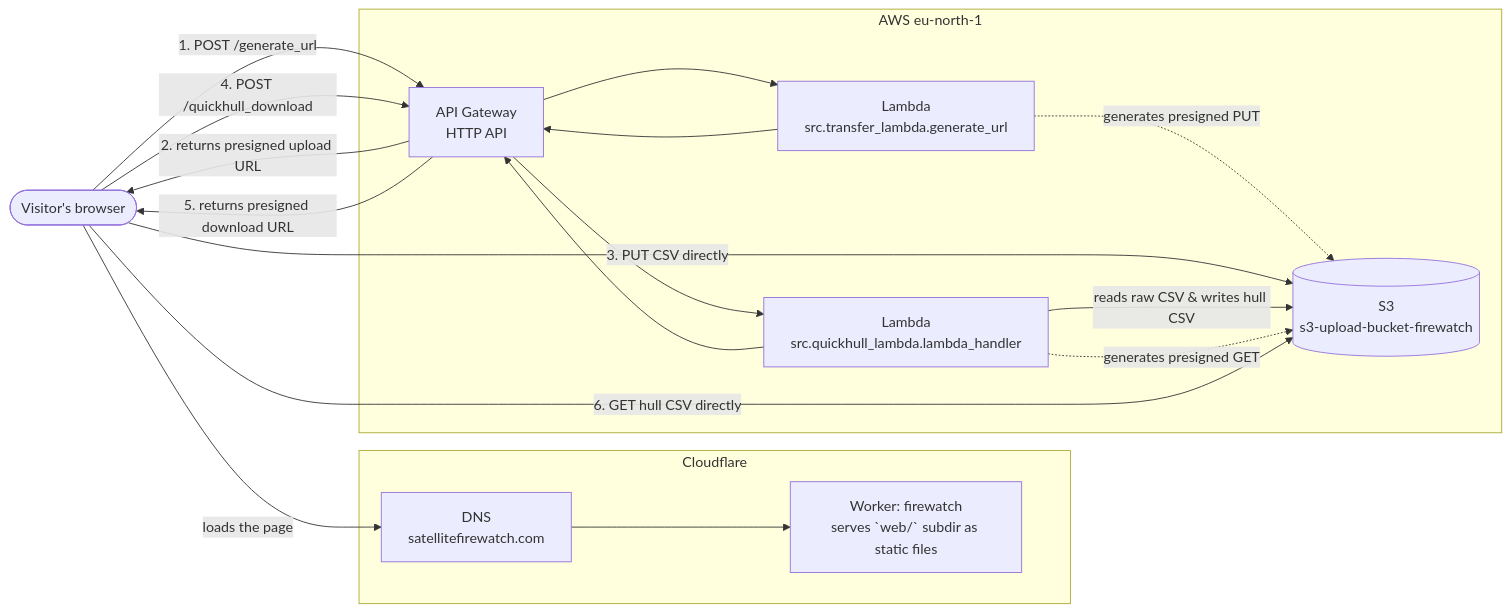
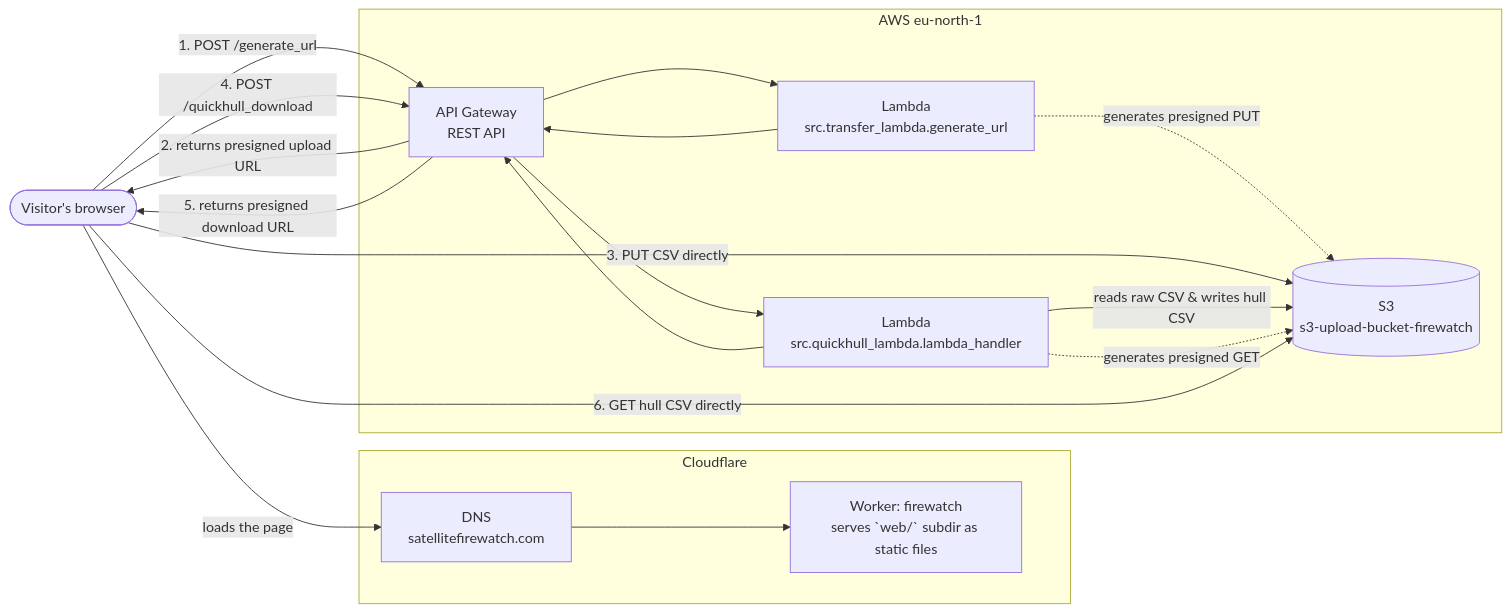
Before and after one commit to AtlasICL/firewatch: the diagram in README.md, drawn with Mermaid. The commit also changed other lines of this file and 5 other files, not shown here.

````diff
--- a/README.md
+++ b/README.md
@@ -56,36 +58,36 @@
 ```mermaid
 flowchart LR
     user(["Visitor's browser"])
 
     subgraph CF["Cloudflare"]
         dns["DNS<br/>satellitefirewatch.com"]
         worker["Worker: firewatch<br/>serves `web/` subdir as static files"]
     end
 
     subgraph AWS["AWS eu-north-1"]
-        apigw["API Gateway<br/>HTTP API"]
+        apigw["API Gateway<br/>REST API"]
         transfer["Lambda<br/>src.transfer_lambda.generate_url"]
         qh["Lambda<br/>src.quickhull_lambda.lambda_handler"]
         s3[("S3<br/>s3-upload-bucket-firewatch")]
     end
 
     %% Edge deployment & static hosting / delivery through Cloudflare
     user -- "loads the page" --> dns --> worker
 
     %% Upload Presigned URL flow
     user -- "1. POST /generate_url" --> apigw
     apigw --> transfer
     transfer -. "generates presigned PUT" .-> s3
     transfer --> apigw
     apigw -- "2. returns presigned upload URL" --> user
     user -- "3. PUT CSV directly" --> s3
 
     %% Processing & Download flow
     user -- "4. POST /quickhull_download" --> apigw
     apigw --> qh
     qh -- "reads raw CSV & writes hull CSV" --> s3
     qh -. "generates presigned GET" .-> s3
     qh --> apigw
     apigw -- "5. returns presigned download URL" --> user
     user -- "6. GET hull CSV directly" --> s3
 ```
````
